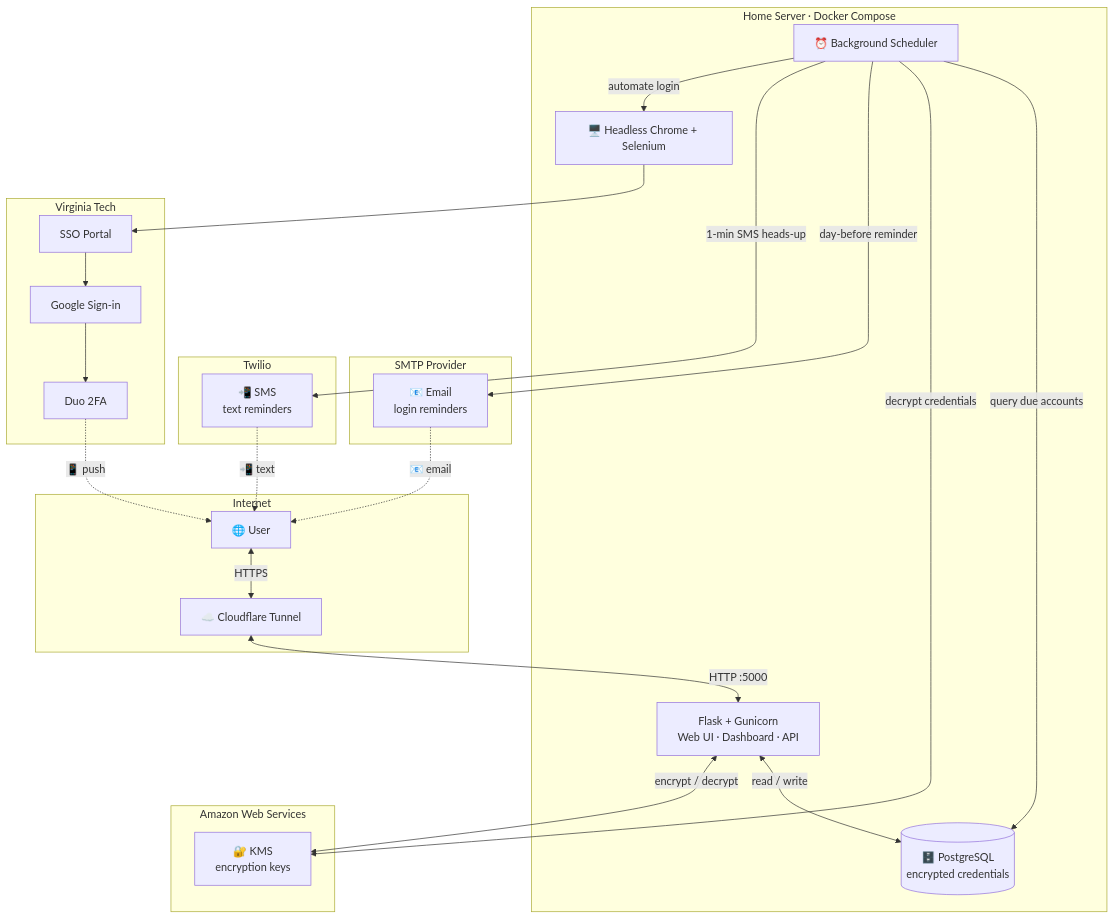
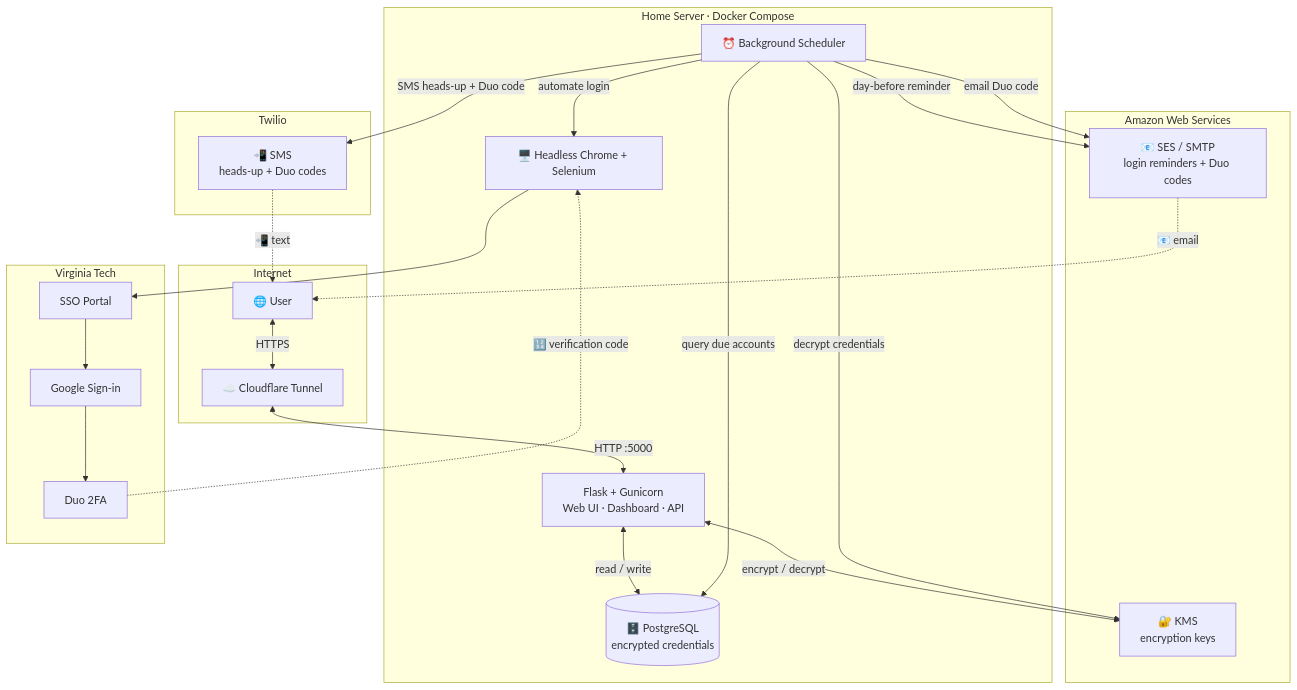
The second of 2 diagrams in README.md (tfeuerbach/virginiatech-email-saver), drawn with Mermaid before and after one commit. The commit also changed other lines of this file, not shown here.

````diff
--- a/README.md
+++ b/README.md
@@ -56,48 +60,46 @@
 ```mermaid
 graph TB
     subgraph Internet
         User["🌐 User"]
         CF["☁️ Cloudflare Tunnel"]
     end
 
     subgraph Server["Home Server · Docker Compose"]
         Gunicorn["Flask + Gunicorn<br/>Web UI · Dashboard · API"]
         Scheduler["⏰ Background Scheduler"]
         Chrome["🖥️ Headless Chrome + Selenium"]
         DB[("🗄️ PostgreSQL<br/>encrypted credentials")]
     end
 
     subgraph AWS["Amazon Web Services"]
         KMS["🔐 KMS<br/>encryption keys"]
-    end
-
-    subgraph SMTP["SMTP Provider"]
-        Email["📧 Email<br/>login reminders"]
+        SES["📧 SES / SMTP<br/>login reminders + Duo codes"]
     end
 
     subgraph Twilio["Twilio"]
-        SMS["📲 SMS<br/>text reminders"]
+        SMS["📲 SMS<br/>heads-up + Duo codes"]
     end
 
     subgraph VT["Virginia Tech"]
         SSO["SSO Portal"]
         Google["Google Sign-in"]
         Duo["Duo 2FA"]
     end
 
     User <-->|HTTPS| CF
     CF <-->|HTTP :5000| Gunicorn
     Gunicorn <-->|read / write| DB
     Gunicorn <-->|encrypt / decrypt| KMS
 
     Scheduler -->|query due accounts| DB
     Scheduler -->|decrypt credentials| KMS
-    Scheduler -->|day-before reminder| Email
-    Scheduler -->|1-min SMS heads-up| SMS
+    Scheduler -->|day-before reminder| SES
+    Scheduler -->|SMS heads-up + Duo code| SMS
+    Scheduler -->|email Duo code| SES
     Scheduler -->|automate login| Chrome
 
-    Email -.->|📧 email| User
+    SES -.->|📧 email| User
     SMS -.->|📲 text| User
     Chrome --> SSO --> Google --> Duo
-    Duo -.->|📱 push| User
+    Duo -.->|🔢 verification code| Chrome
 ```
````
